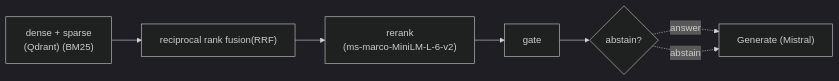
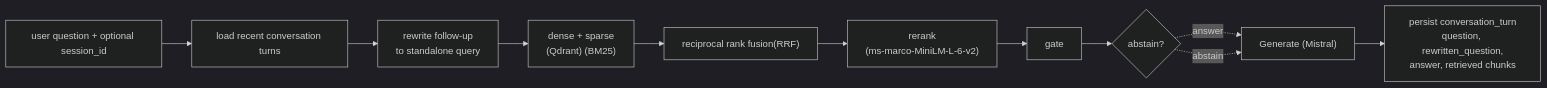
Before and after one commit to r-ome/ph-law-rag: the fourth of 5 diagrams in docs/architecture.md, drawn with Mermaid. The commit also changed other lines of this file and 16 other files, not shown here.

````diff
--- a/docs/architecture.md
+++ b/docs/architecture.md
@@ -65,10 +71,14 @@
 ```mermaid
 flowchart LR
 %%{init: {'theme':'dark'}}%%
-retrieve["dense + sparse<br/>(Qdrant) (BM25)"] --> merge["reciprocal rank fusion(RRF)"]
+question["user question + optional session_id"] --> history["load recent conversation turns"]
+history --> rewrite["rewrite follow-up<br/>to standalone query"]
+rewrite --> retrieve["dense + sparse<br/>(Qdrant) (BM25)"]
+retrieve --> merge["reciprocal rank fusion(RRF)"]
 merge --> rerank["rerank<br/>(ms-marco-MiniLM-L-6-v2)"]
 rerank--> gate
 gate --> abstain{abstain?}
 abstain -.answer.-> generate["Generate (Mistral)"]
 abstain -.abstain.-> generate
+generate --> persist["persist conversation_turn<br/>question, rewritten_question,<br/>answer, retrieved chunks"]
 ```
````
